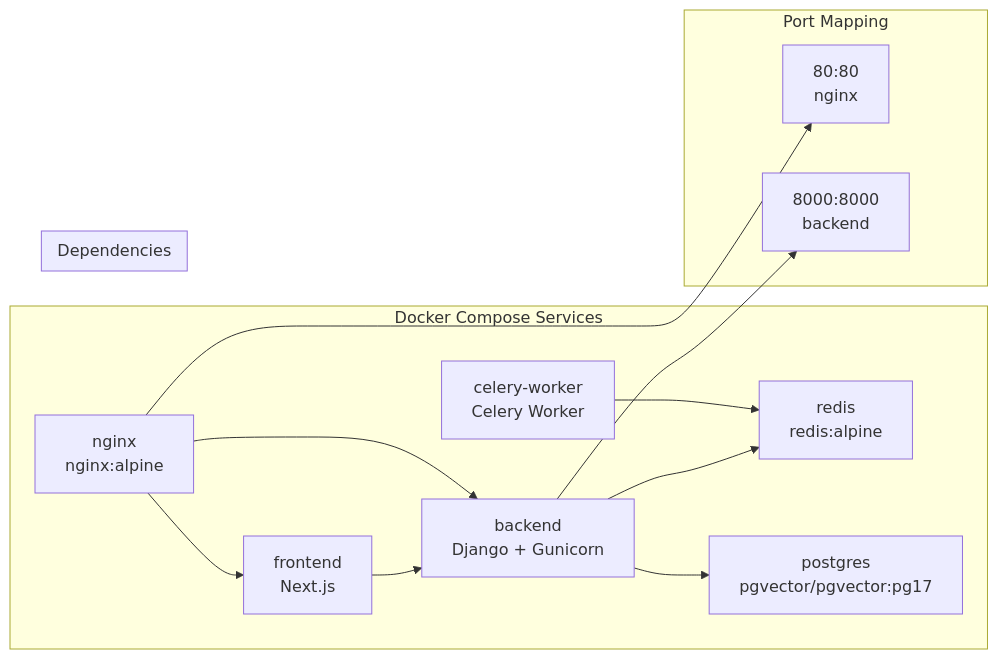
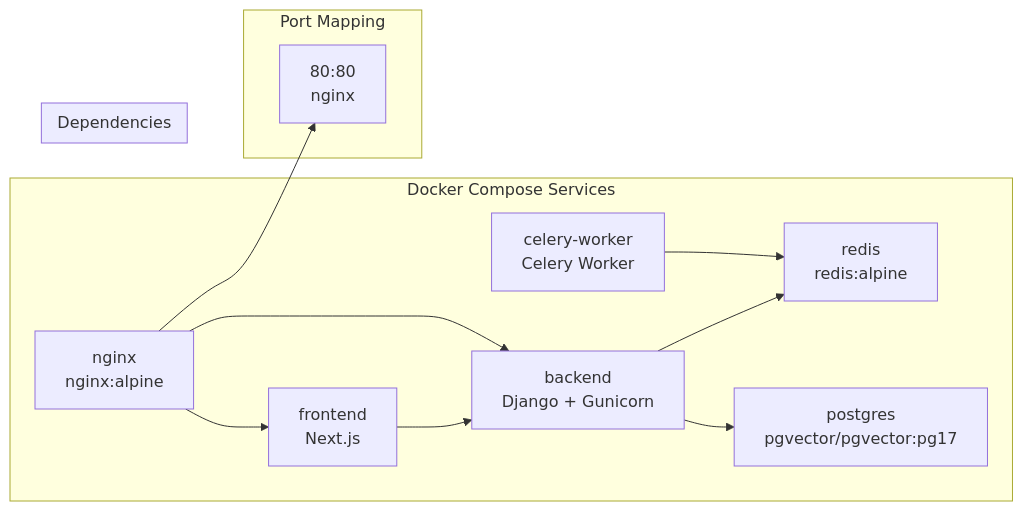
One commit to yukiharada1228/videoq changed the second of 7 diagrams in docs/design/deployment-diagram.md. Above: the diagram before and after it, drawn with Mermaid. The commit also changed other lines of this file and 8 other files, not shown here.

````diff
--- a/docs/design/deployment-diagram.md
+++ b/docs/design/deployment-diagram.md
@@ -72,28 +72,26 @@
 ```mermaid
 graph LR
     subgraph Services["Docker Compose Services"]
         S1[redis<br/>redis:alpine]
         S2[postgres<br/>pgvector/pgvector:pg17]
         S3[backend<br/>Django + Gunicorn]
         S4[celery-worker<br/>Celery Worker]
         S5[frontend<br/>Next.js]
         S6[nginx<br/>nginx:alpine]
     end
     
     subgraph Dependencies["Dependencies"]
         S3 --> S2
         S3 --> S1
         S4 --> S1
         S5 --> S3
         S6 --> S3
         S6 --> S5
     end
     
     subgraph Ports["Port Mapping"]
         P1[80:80<br/>nginx]
-        P2[8000:8000<br/>backend]
     end
     
     S6 --> P1
-    S3 --> P2
 ```
````
